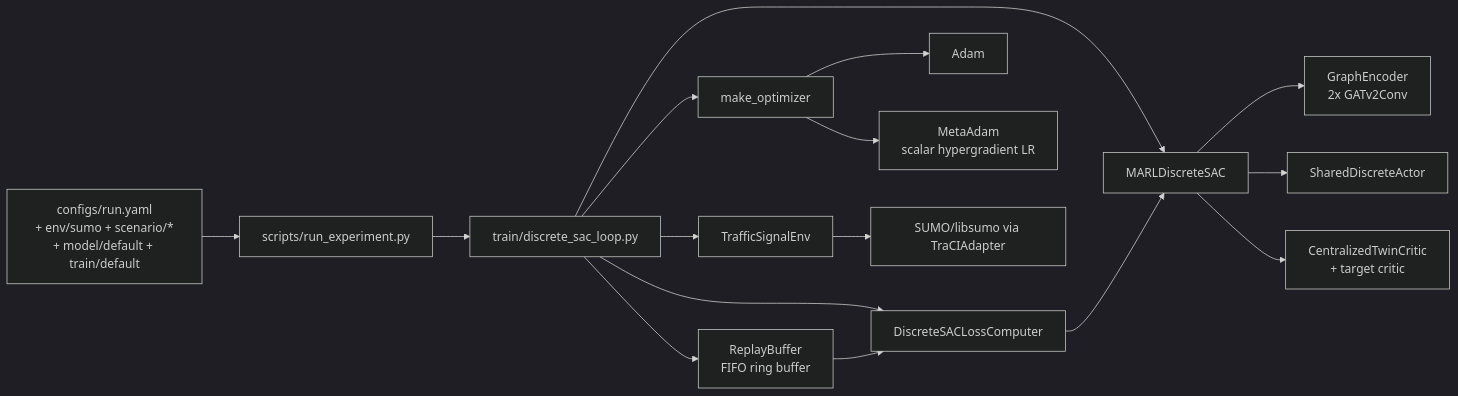
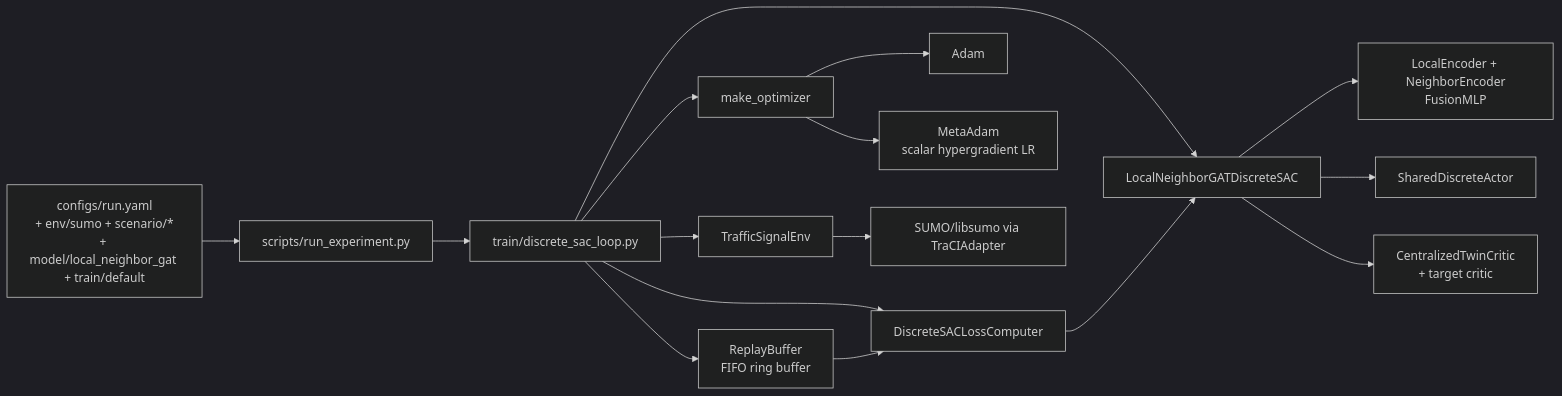
The second of 14 diagrams in docs/marl_env_diagrams.md (fuisl/marl), drawn with Mermaid (dark theme) before and after one commit. The commit also changed other lines of this file and 38 other files, not shown here.

````diff
--- a/docs/marl_env_diagrams.md
+++ b/docs/marl_env_diagrams.md
@@ -82,21 +82,21 @@
 ```mermaid
 flowchart LR
-  Cfg[configs/run.yaml\n+ env/sumo + scenario/*\n+ model/default + train/default] --> Train[scripts/run_experiment.py]
+  Cfg[configs/run.yaml\n+ env/sumo + scenario/*\n+ model/local_neighbor_gat + train/default] --> Train[scripts/run_experiment.py]
   Train --> Loop[train/discrete_sac_loop.py]
   Loop --> Env[TrafficSignalEnv]
-  Loop --> Agent[MARLDiscreteSAC]
+  Loop --> Agent[LocalNeighborGATDiscreteSAC]
   Loop --> Loss[DiscreteSACLossComputer]
   Loop --> RB[ReplayBuffer\nFIFO ring buffer]
   Loop --> Opt[make_optimizer]
 
-  Agent --> Enc[GraphEncoder\n2x GATv2Conv]
+  Agent --> Enc[LocalEncoder + NeighborEncoder\nFusionMLP]
   Agent --> Act[SharedDiscreteActor]
   Agent --> Crit[CentralizedTwinCritic\n+ target critic]
 
   Opt --> Adam[Adam]
   Opt --> Meta[MetaAdam\nscalar hypergradient LR]
 
   Env --> SUMO[SUMO/libsumo via TraCIAdapter]
   Loss --> Agent
   RB --> Loss
 ```
````
